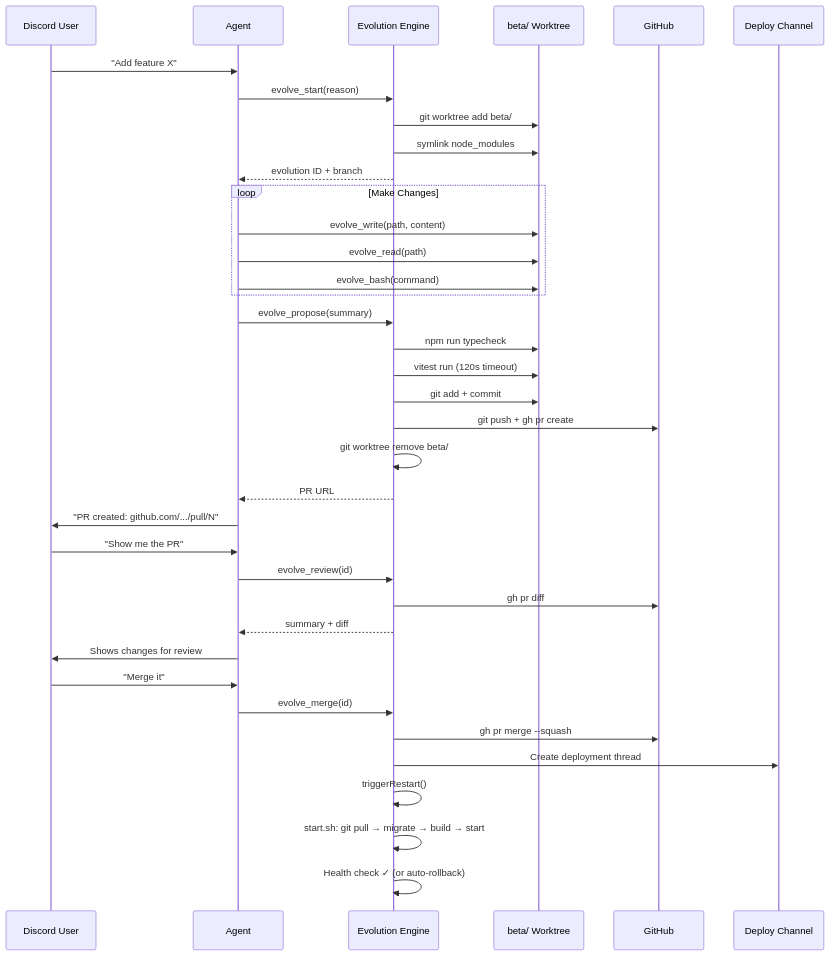
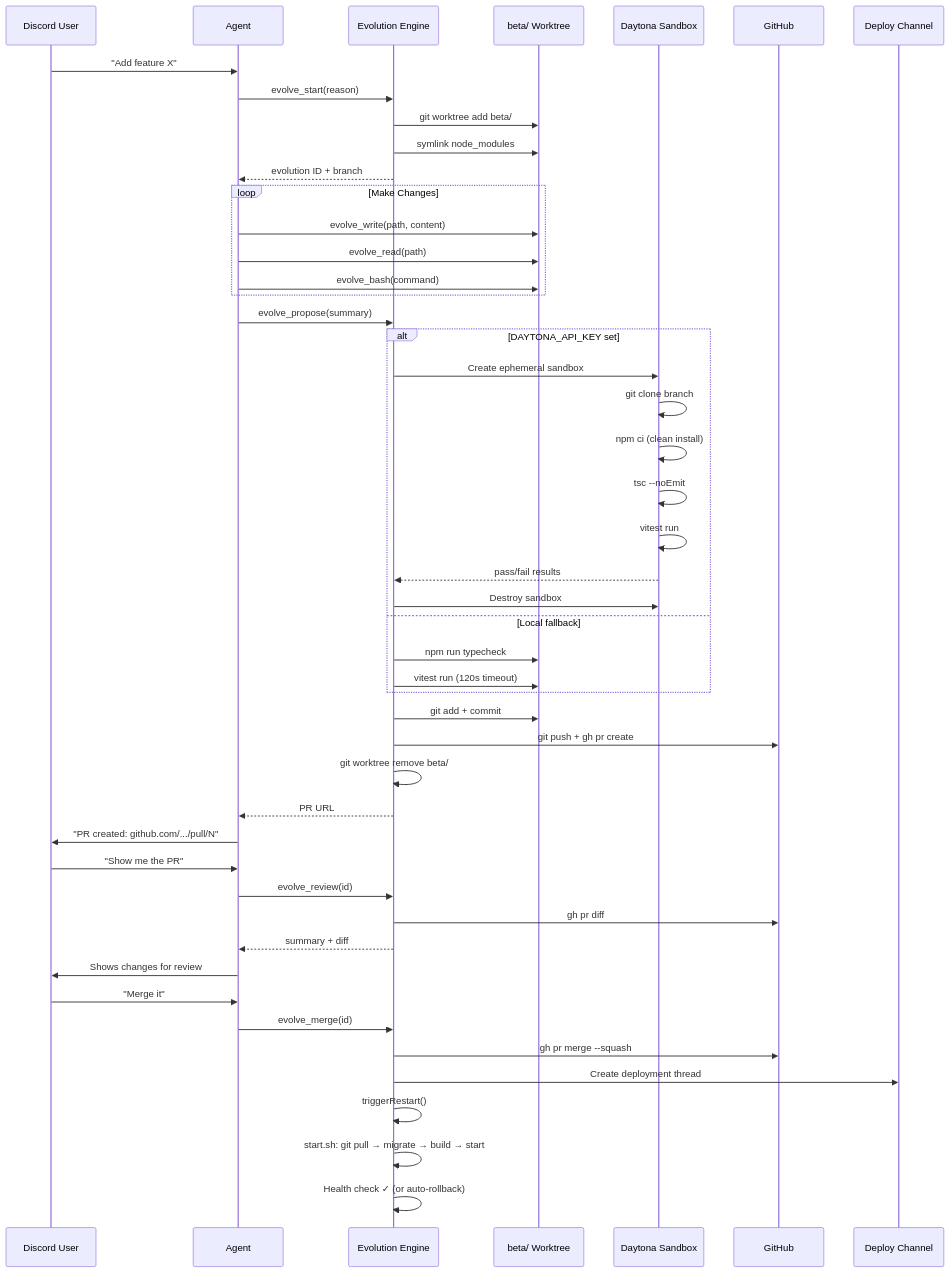
The tenth of 10 diagrams in README.md (NaichuanZhang/discord-claw), drawn with Mermaid before and after one commit. The commit also changed other lines of this file, not shown here.

Commit message:
feat(evolution): docs: Update README with /stop command, session locking, structured logging, tool call progress, Daytona sandbox CI (#79)

````diff
--- a/README.md
+++ b/README.md
@@ -805,45 +834,58 @@
 ```mermaid
 sequenceDiagram
     participant U as Discord User
     participant A as Agent
     participant E as Evolution Engine
     participant W as beta/ Worktree
+    participant S as Daytona Sandbox
     participant GH as GitHub
     participant DC as Deploy Channel
 
     U->>A: "Add feature X"
     A->>E: evolve_start(reason)
     E->>W: git worktree add beta/
     E->>W: symlink node_modules
     E-->>A: evolution ID + branch
 
     loop Make Changes
         A->>W: evolve_write(path, content)
         A->>W: evolve_read(path)
         A->>W: evolve_bash(command)
     end
 
     A->>E: evolve_propose(summary)
-    E->>W: npm run typecheck
-    E->>W: vitest run (120s timeout)
+
+    alt DAYTONA_API_KEY set
+        E->>S: Create ephemeral sandbox
+        S->>S: git clone branch
+        S->>S: npm ci (clean install)
+        S->>S: tsc --noEmit
+        S->>S: vitest run
+        S-->>E: pass/fail results
+        E->>S: Destroy sandbox
+    else Local fallback
+        E->>W: npm run typecheck
+        E->>W: vitest run (120s timeout)
+    end
+
     E->>W: git add + commit
     E->>GH: git push + gh pr create
     E->>E: git worktree remove beta/
     E-->>A: PR URL
 
     A->>U: "PR created: github.com/.../pull/N"
 
     U->>A: "Show me the PR"
     A->>E: evolve_review(id)
     E->>GH: gh pr diff
     E-->>A: summary + diff
     A->>U: Shows changes for review
 
     U->>A: "Merge it"
     A->>E: evolve_merge(id)
     E->>GH: gh pr merge --squash
     E->>DC: Create deployment thread
     E->>E: triggerRestart()
     E->>E: start.sh: git pull → migrate → build → start
     E->>E: Health check ✓ (or auto-rollback)
 ```
````
